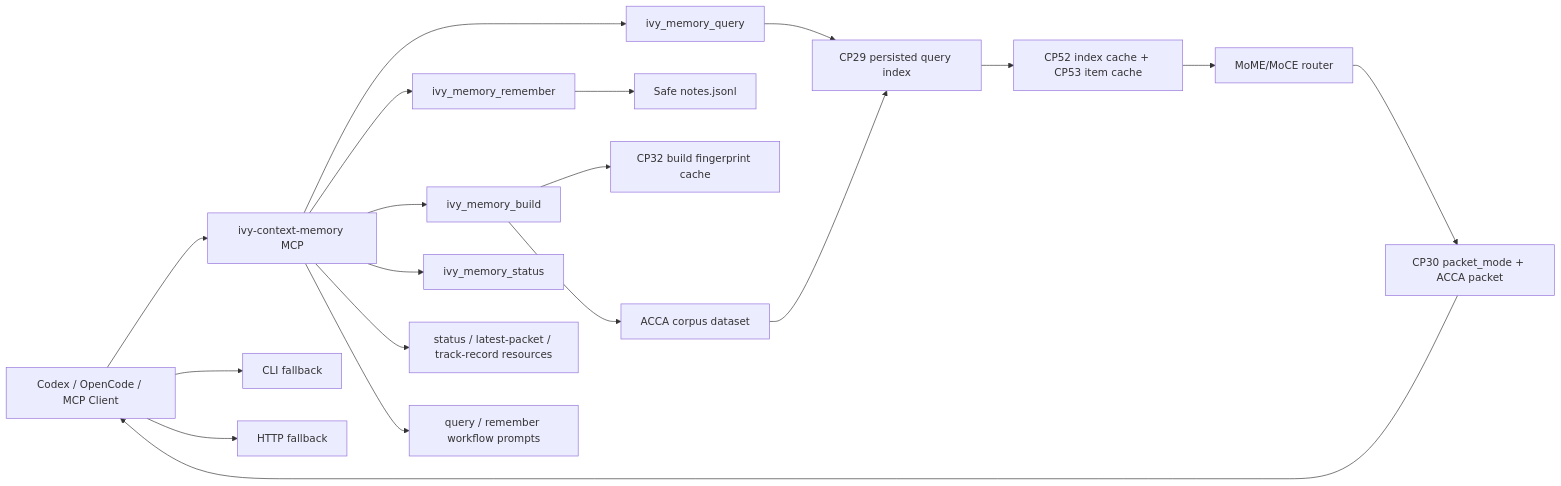
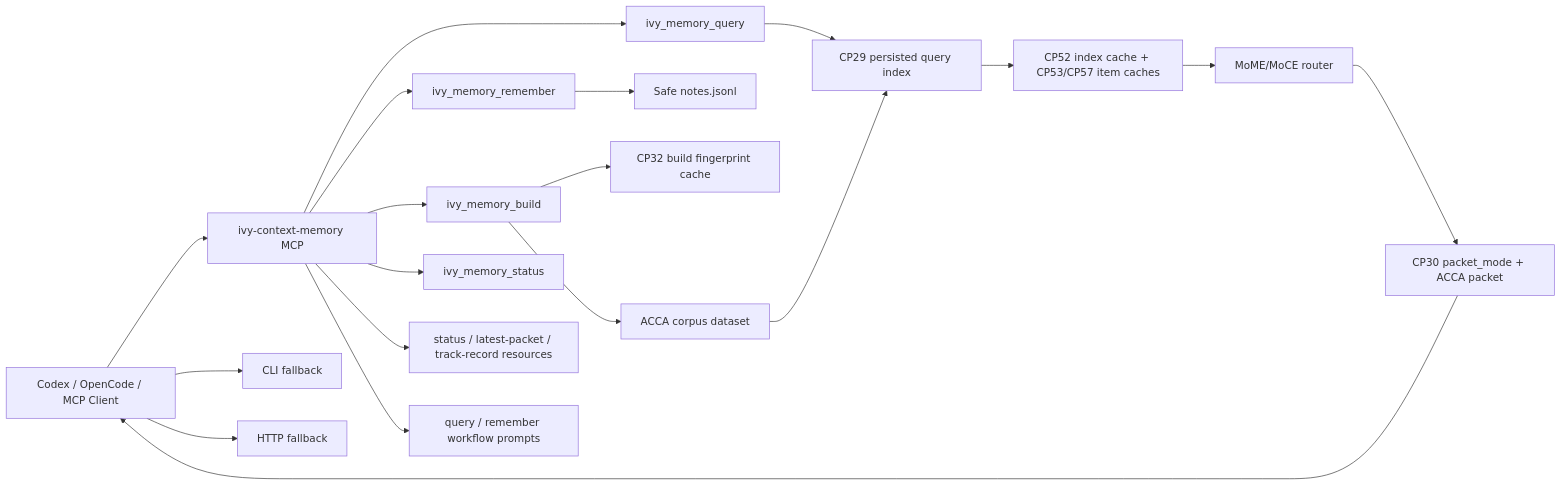
Before and after one commit to arahe-dev/ivy: the diagram in MoME-MoCE-Exp/docs/PLUGIN_SUPERCHARGE_TRACK_RECORD_2026-05-11.md, drawn with Mermaid. The commit also changed other lines of this file and 1 other file, not shown here.

Commit message:
cp61 update hot path track records

````diff
--- a/MoME-MoCE-Exp/docs/PLUGIN_SUPERCHARGE_TRACK_RECORD_2026-05-11.md
+++ b/MoME-MoCE-Exp/docs/PLUGIN_SUPERCHARGE_TRACK_RECORD_2026-05-11.md
@@ -145,23 +163,23 @@
 ```mermaid
 flowchart LR
   Agent["Codex / OpenCode / MCP Client"] --> MCP["ivy-context-memory MCP"]
   Agent --> CLI["CLI fallback"]
   Agent --> HTTP["HTTP fallback"]
 
   MCP --> Query["ivy_memory_query"]
   MCP --> Remember["ivy_memory_remember"]
   MCP --> Build["ivy_memory_build"]
   MCP --> Status["ivy_memory_status"]
   MCP --> Resources["status / latest-packet / track-record resources"]
   MCP --> Prompts["query / remember workflow prompts"]
 
   Remember --> Notes["Safe notes.jsonl"]
   Build --> Cache["CP32 build fingerprint cache"]
   Build --> Corpus["ACCA corpus dataset"]
   Corpus --> Index["CP29 persisted query index"]
-  Index --> HotCache["CP52 index cache + CP53 item cache"]
+  Index --> HotCache["CP52 index cache + CP53/CP57 item caches"]
   Query --> Index
   HotCache --> Router["MoME/MoCE router"]
   Router --> Packet["CP30 packet_mode + ACCA packet"]
   Packet --> Agent
 ```
````
